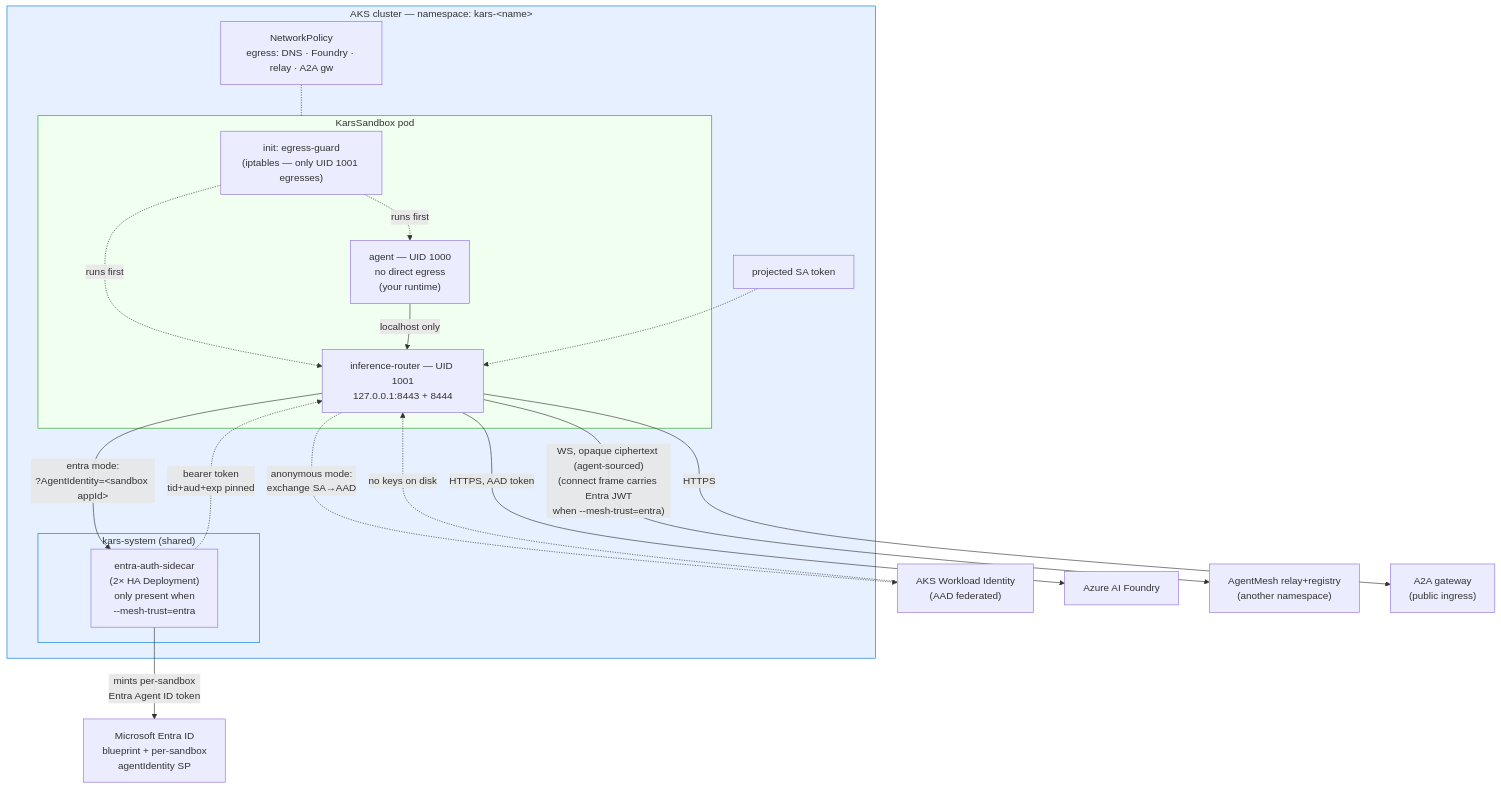
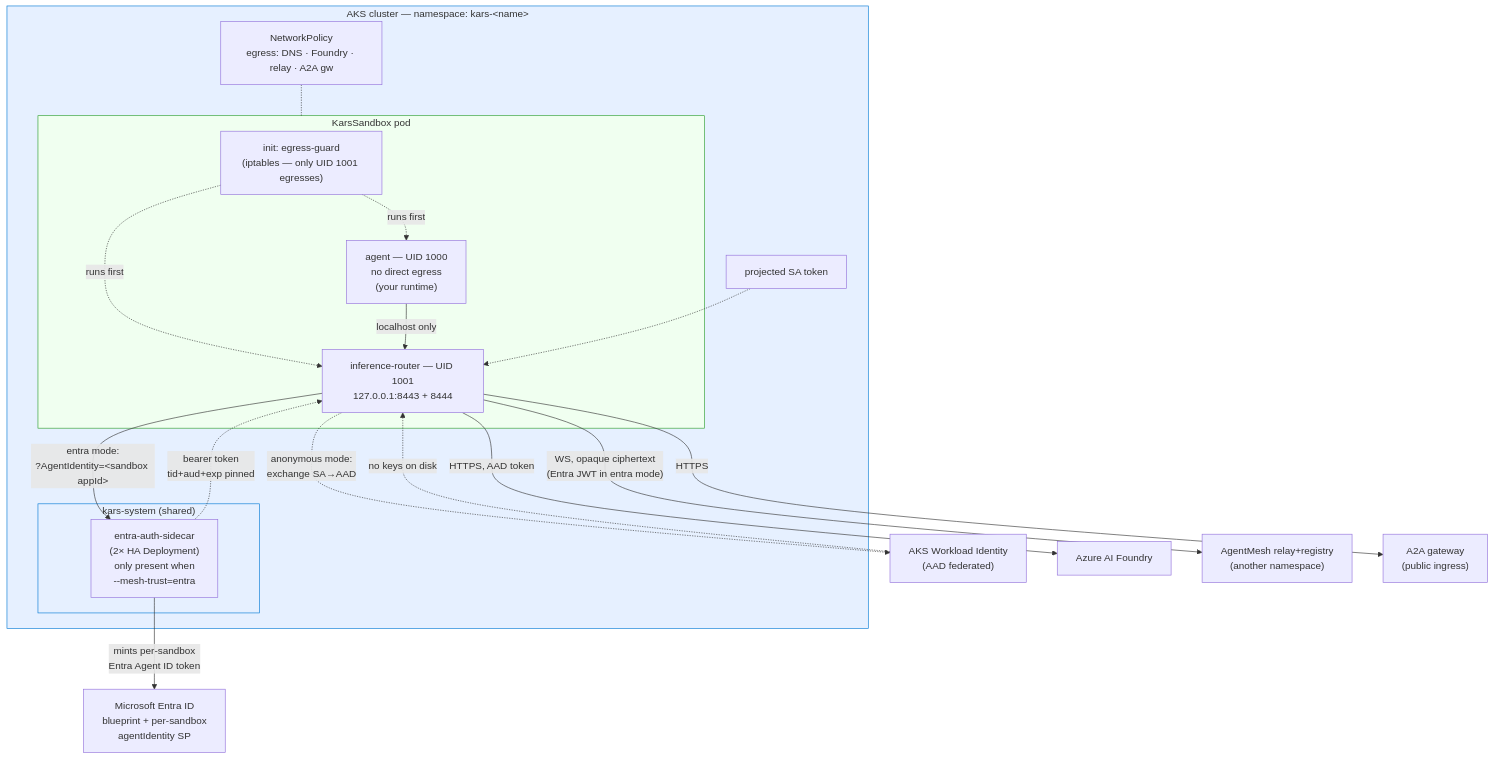
Before and after one commit to lachie83/kars: the second of 9 diagrams in docs/architecture-diagrams.md, drawn with Mermaid. The commit also changed other lines of this file and 25 other files, not shown here.

````diff
--- a/docs/architecture-diagrams.md
+++ b/docs/architecture-diagrams.md
@@ -43,40 +43,40 @@
 ```mermaid
 flowchart TB
   subgraph Cluster["AKS cluster — namespace: kars-&lt;name&gt;"]
     subgraph Pod["KarsSandbox pod"]
       Init["init: egress-guard<br/>(iptables — only UID 1001 egresses)"]
       Agent["agent — UID 1000<br/>no direct egress<br/>(your runtime)"]
       Router["inference-router — UID 1001<br/>127.0.0.1:8443 + 8444"]
       Init -.->|runs first| Agent
       Init -.->|runs first| Router
       Agent -->|localhost only| Router
     end
     NP["NetworkPolicy<br/>egress: DNS · Foundry · relay · A2A gw"]
     NP -.- Pod
     SA["projected SA token"]
     SA -.-> Router
     subgraph SysNs["kars-system (shared)"]
       Sidecar["entra-auth-sidecar<br/>(2× HA Deployment)<br/>only present when<br/>--mesh-trust=entra"]
     end
   end
 
   WI["AKS Workload Identity<br/>(AAD federated)"]
   EntraID["Microsoft Entra ID<br/>blueprint + per-sandbox<br/>agentIdentity SP"]
   Foundry["Azure AI Foundry"]
   Mesh["AgentMesh relay+registry<br/>(another namespace)"]
   A2A["A2A gateway<br/>(public ingress)"]
 
   Router -.->|"anonymous mode:<br/>exchange SA→AAD"| WI
   Router -->|"entra mode:<br/>?AgentIdentity=&lt;sandbox appId&gt;"| Sidecar
   Sidecar -->|"mints per-sandbox<br/>Entra Agent ID token"| EntraID
   WI -.->|no keys on disk| Router
   Sidecar -.->|bearer token<br/>tid+aud+exp pinned| Router
   Router -->|HTTPS, AAD token| Foundry
-  Router -->|"WS, opaque ciphertext (agent-sourced)<br/>(connect frame carries Entra JWT<br/>when --mesh-trust=entra)"| Mesh
+  Router -->|"WS, opaque ciphertext<br/>(Entra JWT in entra mode)"| Mesh
   Router -->|HTTPS| A2A
 
   classDef cluster fill:#e6f0ff,stroke:#0078d4
   classDef pod fill:#f0fff0,stroke:#2a9d2a
   class Cluster cluster
   class Pod pod
 ```
````
